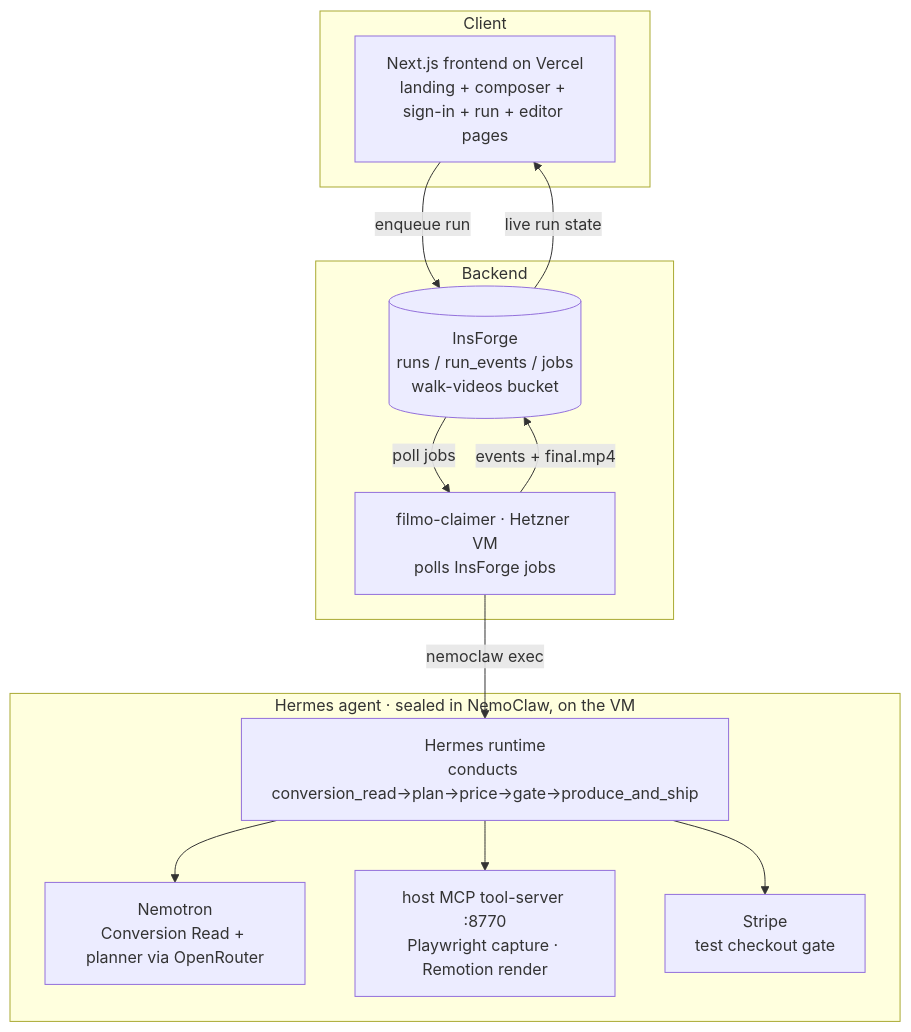
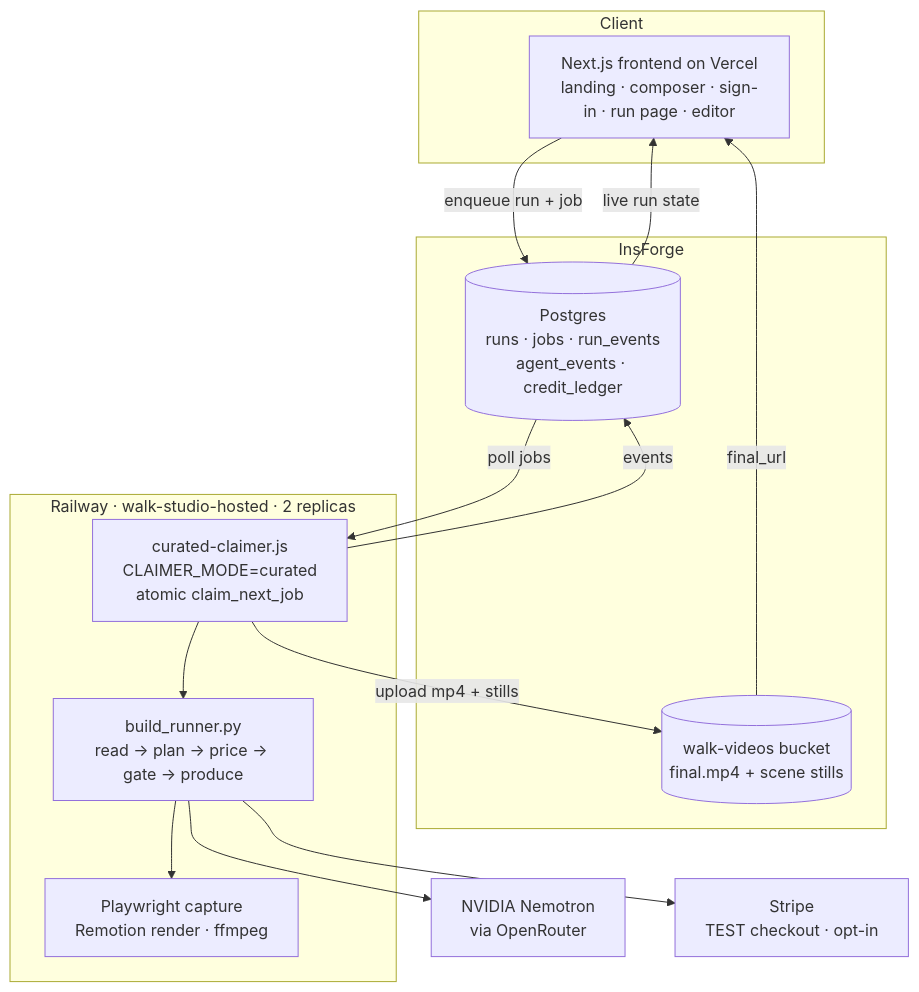
Before and after one commit to denniswanglabs/filmo: the second of 2 diagrams in README.md, drawn with Mermaid. The commit also changed other lines of this file and 37 other files, not shown here.

````diff
--- a/README.md
+++ b/README.md
@@ -94,25 +139,28 @@
 ```mermaid
 flowchart TD
     subgraph Client
-        FE[Next.js frontend on Vercel<br/>landing + composer + sign-in + run + editor pages]
+        FE[Next.js frontend on Vercel<br/>landing · composer · sign-in · run page · editor]
     end
-    subgraph Backend
-        IF[(InsForge<br/>runs / run_events / jobs<br/>walk-videos bucket)]
-        WK[filmo-claimer · Hetzner VM<br/>polls InsForge jobs]
+    subgraph Backend[InsForge]
+        IF[(Postgres<br/>runs · jobs · run_events<br/>agent_events · credit_ledger)]
+        ST[(walk-videos bucket<br/>final.mp4 + scene stills)]
     end
-    subgraph Agent[Hermes agent · sealed in NemoClaw, on the VM]
-        HM[Hermes runtime<br/>conducts conversion_read→plan→price→gate→produce_and_ship]
-        BR[Nemotron<br/>Conversion Read + planner via OpenRouter]
-        TS[host MCP tool-server :8770<br/>Playwright capture · Remotion render]
-        ST[Stripe<br/>test checkout gate]
+    subgraph Worker[Railway · walk-studio-hosted · 2 replicas]
+        CL[curated-claimer.js<br/>CLAIMER_MODE=curated<br/>atomic claim_next_job]
+        BR[build_runner.py<br/>read → plan → price → gate → produce]
+        RM[Playwright capture<br/>Remotion render · ffmpeg]
     end
+    BRAIN[NVIDIA Nemotron<br/>via OpenRouter]
+    SP[Stripe<br/>TEST checkout · opt-in]
 
-    FE -->|enqueue run| IF
-    IF -->|poll jobs| WK
-    WK -->|nemoclaw exec| HM
-    HM --> BR
-    HM --> TS
-    HM --> ST
-    WK -->|events + final.mp4| IF
+    FE -->|enqueue run + job| IF
+    IF -->|poll jobs| CL
+    CL --> BR
+    BR --> BRAIN
+    BR --> SP
+    BR --> RM
+    CL -->|events| IF
+    CL -->|upload mp4 + stills| ST
     IF -->|live run state| FE
+    ST -->|final_url| FE
 ```
````
